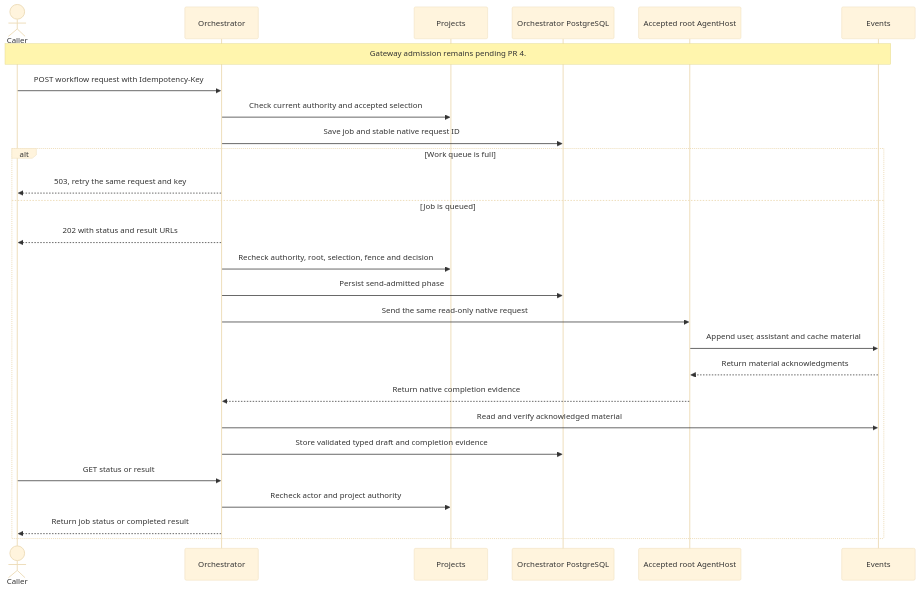
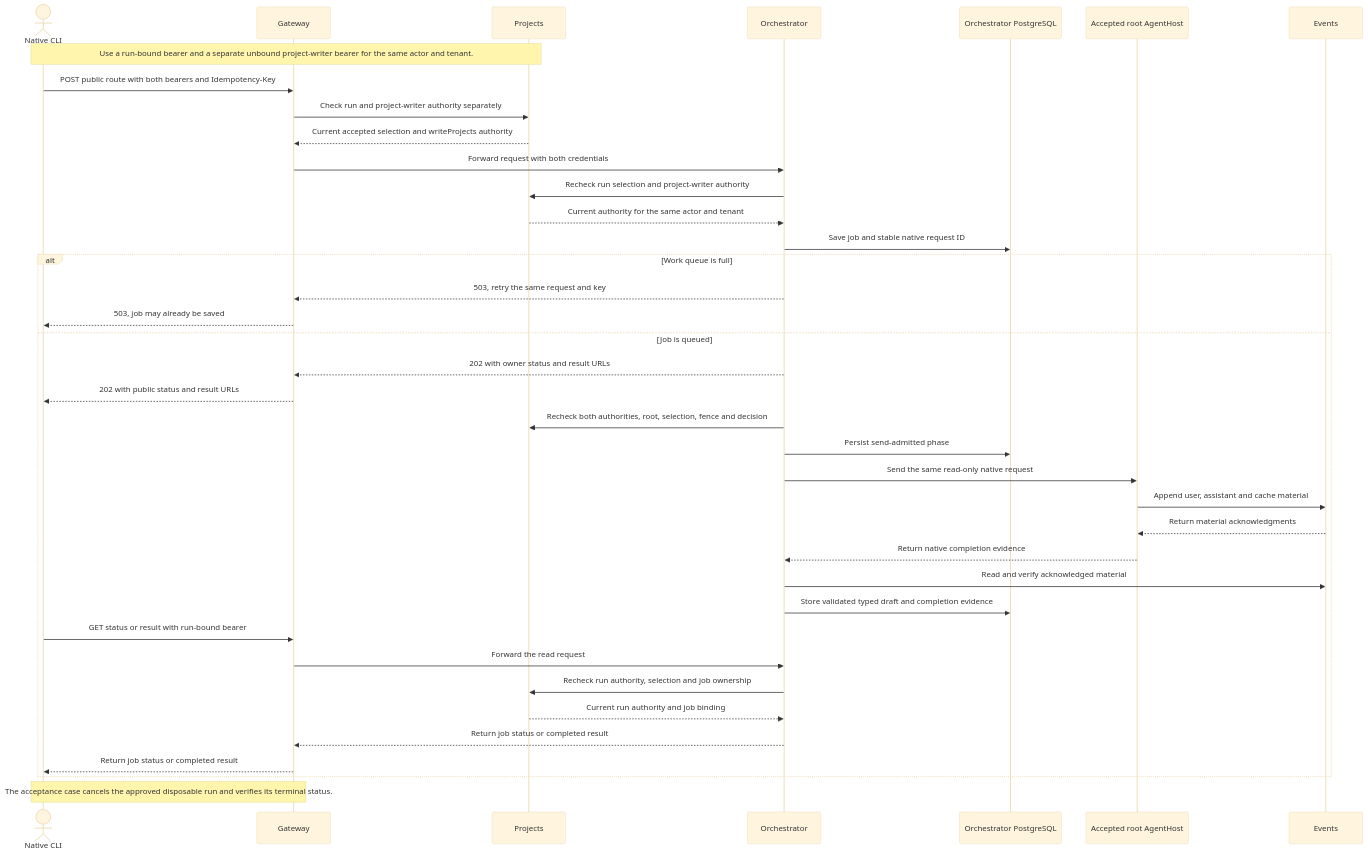
The third of 4 diagrams in docs/deep-dive/orchestration.md (sabbour/agentweaver), drawn with Mermaid (base theme) before and after one commit. The commit also changed other lines of this file and 29 other files, not shown here.

Commit message:
feat(gateway): expose workflow generation routes (#2604)

````diff
--- a/docs/deep-dive/orchestration.md
+++ b/docs/deep-dive/orchestration.md
@@ -379,29 +393,40 @@
 ```mermaid
 sequenceDiagram
-    actor Caller
+    actor CLI as Native CLI
+    participant Gateway
+    participant Projects
     participant Core as Orchestrator
-    participant Projects
     participant DB as Orchestrator PostgreSQL
     participant Host as Accepted root AgentHost
     participant Events
-    Note over Caller,Events: Gateway admission remains pending PR 4.
-    Caller->>Core: POST workflow request with Idempotency-Key
-    Core->>Projects: Check current authority and accepted selection
+    Note over CLI,Projects: Use a run-bound bearer and a separate unbound project-writer bearer for the same actor and tenant.
+    CLI->>Gateway: POST public route with both bearers and Idempotency-Key
+    Gateway->>Projects: Check run and project-writer authority separately
+    Projects-->>Gateway: Current accepted selection and writeProjects authority
+    Gateway->>Core: Forward request with both credentials
+    Core->>Projects: Recheck run selection and project-writer authority
+    Projects-->>Core: Current authority for the same actor and tenant
     Core->>DB: Save job and stable native request ID
     alt Work queue is full
-        Core-->>Caller: 503, retry the same request and key
+        Core-->>Gateway: 503, retry the same request and key
+        Gateway-->>CLI: 503, job may already be saved
     else Job is queued
-        Core-->>Caller: 202 with status and result URLs
-        Core->>Projects: Recheck authority, root, selection, fence and decision
+        Core-->>Gateway: 202 with owner status and result URLs
+        Gateway-->>CLI: 202 with public status and result URLs
+        Core->>Projects: Recheck both authorities, root, selection, fence and decision
         Core->>DB: Persist send-admitted phase
         Core->>Host: Send the same read-only native request
         Host->>Events: Append user, assistant and cache material
         Events-->>Host: Return material acknowledgments
         Host-->>Core: Return native completion evidence
         Core->>Events: Read and verify acknowledged material
         Core->>DB: Store validated typed draft and completion evidence
-        Caller->>Core: GET status or result
-        Core->>Projects: Recheck actor and project authority
-        Core-->>Caller: Return job status or completed result
+        CLI->>Gateway: GET status or result with run-bound bearer
+        Gateway->>Core: Forward the read request
+        Core->>Projects: Recheck run authority, selection and job ownership
+        Projects-->>Core: Current run authority and job binding
+        Core-->>Gateway: Return job status or completed result
+        Gateway-->>CLI: Return job status or completed result
     end
+    Note over CLI,Gateway: The acceptance case cancels the approved disposable run and verifies its terminal status.
 ```
````
